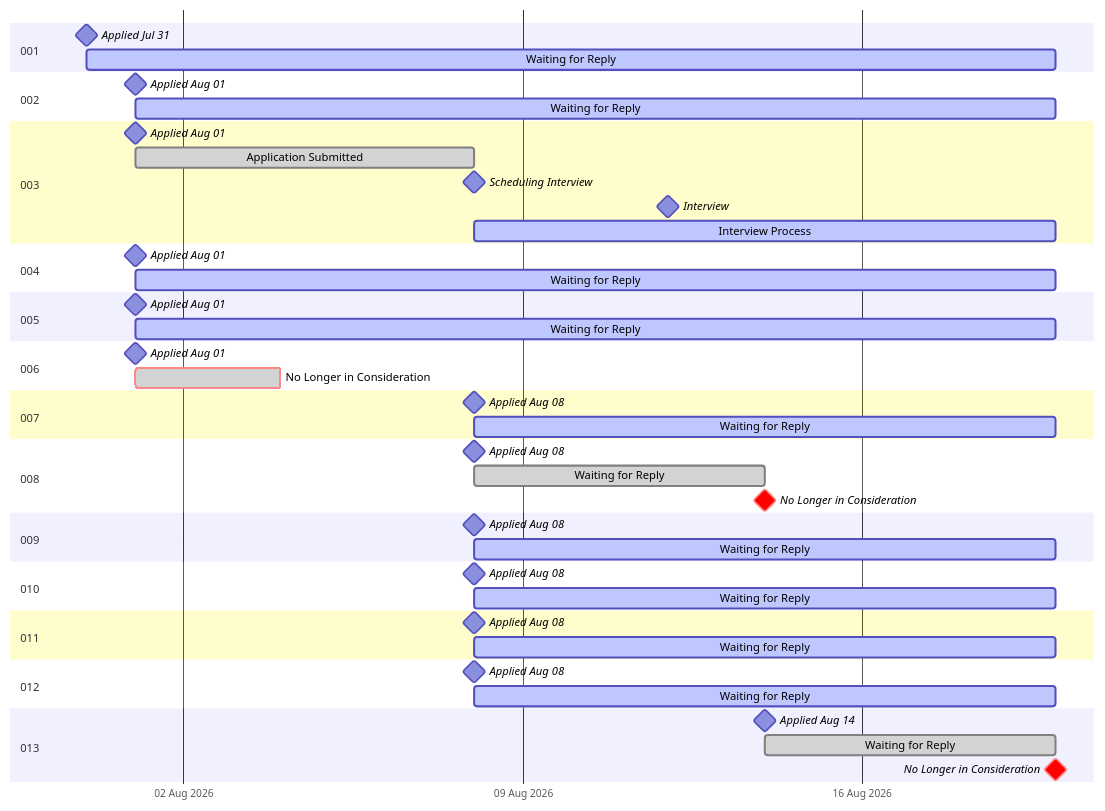
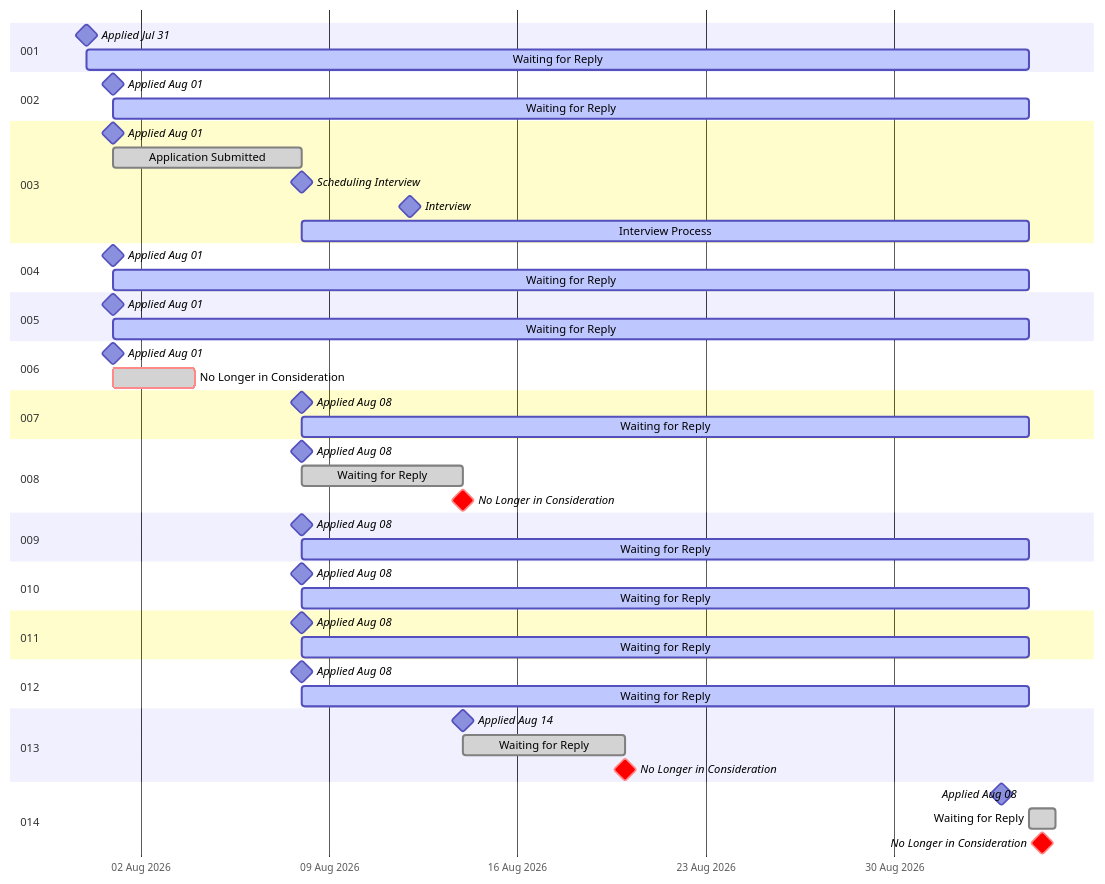
Before and after one commit to RileyBeenders/rileybeenders.com: the diagram in data/more-info/gantt.md, drawn with Mermaid. The commit also changed other lines of this file and 7 other files, not shown here.

````diff
--- a/data/more-info/gantt.md
+++ b/data/more-info/gantt.md
@@ -1,63 +1,68 @@
 ```mermaid
   gantt
     dateFormat YYYY-MM-DD
     tickInterval 1week
     axisFormat %d %b %Y
 
     section 001
     Applied Jul 31                  :milestone, 2026-07-31, 0d
-    Waiting for Reply               :active, 2026-07-31, 20d
+    Waiting for Reply               :active, 2026-07-31, 35d
 
     section 002
     Applied Aug 01                  :milestone, 2026-08-01, 0d
-    Waiting for Reply               :active, 2026-08-01, 19d
+    Waiting for Reply               :active, 2026-08-01, 34d
 
     section 003
     Applied Aug 01                  :milestone, 2026-08-01, 0d
     Application Submitted           :done, 2026-08-01, 7d
     Scheduling Interview            :milestone, 2026-08-08, 0d
     Interview                       :milestone, 2026-08-12, 0d
-    Interview Process               :active, 2026-08-08, 12d
+    Interview Process               :active, 2026-08-08, 27d
 
     section 004
     Applied Aug 01                  :milestone, 2026-08-01, 0d
-    Waiting for Reply               :active, 2026-08-01, 19d
+    Waiting for Reply               :active, 2026-08-01, 34d
 
     section 005
     Applied Aug 01                  :milestone, 2026-08-01, 0d
-    Waiting for Reply               :active, 2026-08-01, 19d
+    Waiting for Reply               :active, 2026-08-01, 34d
 
     section 006
     Applied Aug 01                  :milestone, 2026-08-01, 0d
     No Longer in Consideration      :crit, done, 2026-08-01, 3d
 
     section 007
     Applied Aug 08                  :milestone, 2026-08-08, 0d
-    Waiting for Reply               :active, 2026-08-08, 12d
+    Waiting for Reply               :active, 2026-08-08, 27d
 
     section 008
     Applied Aug 08                  :milestone, 2026-08-08, 0d
     Waiting for Reply               :done, 2026-08-08, 6d
     No Longer in Consideration      :crit, milestone, 2026-08-14, 0d
 
     section 009
     Applied Aug 08                  :milestone, 2026-08-08, 0d
-    Waiting for Reply               :active, 2026-08-08, 12d
+    Waiting for Reply               :active, 2026-08-08, 27d
 
     section 010
     Applied Aug 08                  :milestone, 2026-08-08, 0d
-    Waiting for Reply               :active, 2026-08-08, 12d
+    Waiting for Reply               :active, 2026-08-08, 27d
 
     section 011
     Applied Aug 08                  :milestone, 2026-08-08, 0d
-    Waiting for Reply               :active, 2026-08-08, 12d
+    Waiting for Reply               :active, 2026-08-08, 27d
 
     section 012
     Applied Aug 08                  :milestone, 2026-08-08, 0d
-    Waiting for Reply               :active, 2026-08-08, 12d
+    Waiting for Reply               :active, 2026-08-08, 27d
 
     section 013
     Applied Aug 14                  :milestone, 2026-08-14, 0d
     Waiting for Reply               :done, 2026-08-14, 6d
     No Longer in Consideration      :crit, milestone, 2026-08-20, 0d
+
+    section 014
+    Applied Aug 08                  :milestone, 2026-09-03, 0d
+    Waiting for Reply               :done, 2026-09-04, 1d
+    No Longer in Consideration      :crit, milestone, 2026-09-04, 1d
 ```
````
